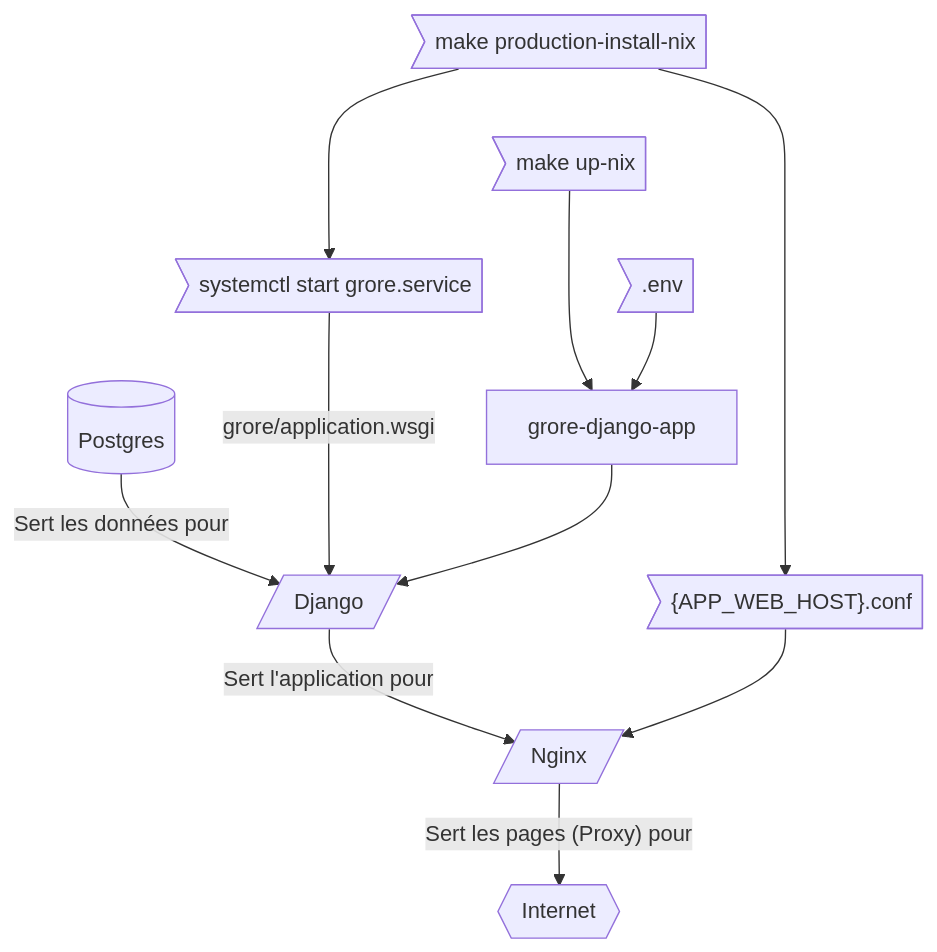
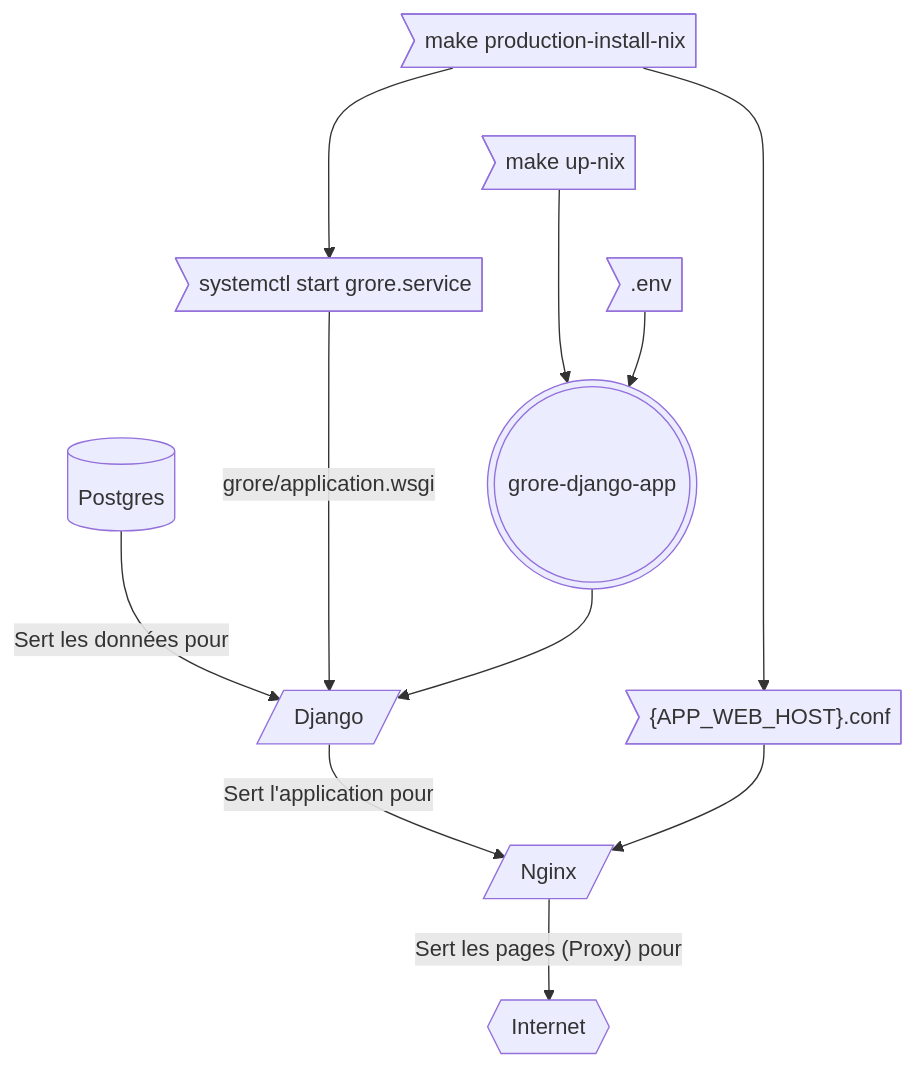
Before and after one commit to SViarbitskaya/grore-django-app: the diagram in README.md, drawn with Mermaid.

Commit message:
Je ne devrais pas travialler directement sur integration

````diff
--- a/README.md
+++ b/README.md
@@ -81,20 +81,21 @@
 ```mermaid
 graph TB
 
 Django[/Django/]
 Nginx[/Nginx/]
 Postgres[(Postgres)]
 make-production-install>make production-install-nix]
 make-up>make up-nix]
 GroreNginxConf>"{APP_WEB_HOST}.conf"]
 grore.service>systemctl start grore.service]
 internet{{Internet}}
 .env>.env]
+grore-django-app(((grore-django-app)))
 
 Postgres -- "Sert les données pour" --> Django -- "Sert l'application pour" --> Nginx -- "Sert les pages (Proxy) pour" --> internet
 grore.service -- "grore/application.wsgi" ---> Django
 make-production-install ---> grore.service
 make-production-install ---> GroreNginxConf --> Nginx
 make-up ---> grore-django-app --> Django
 .env --> grore-django-app
 ```
````
